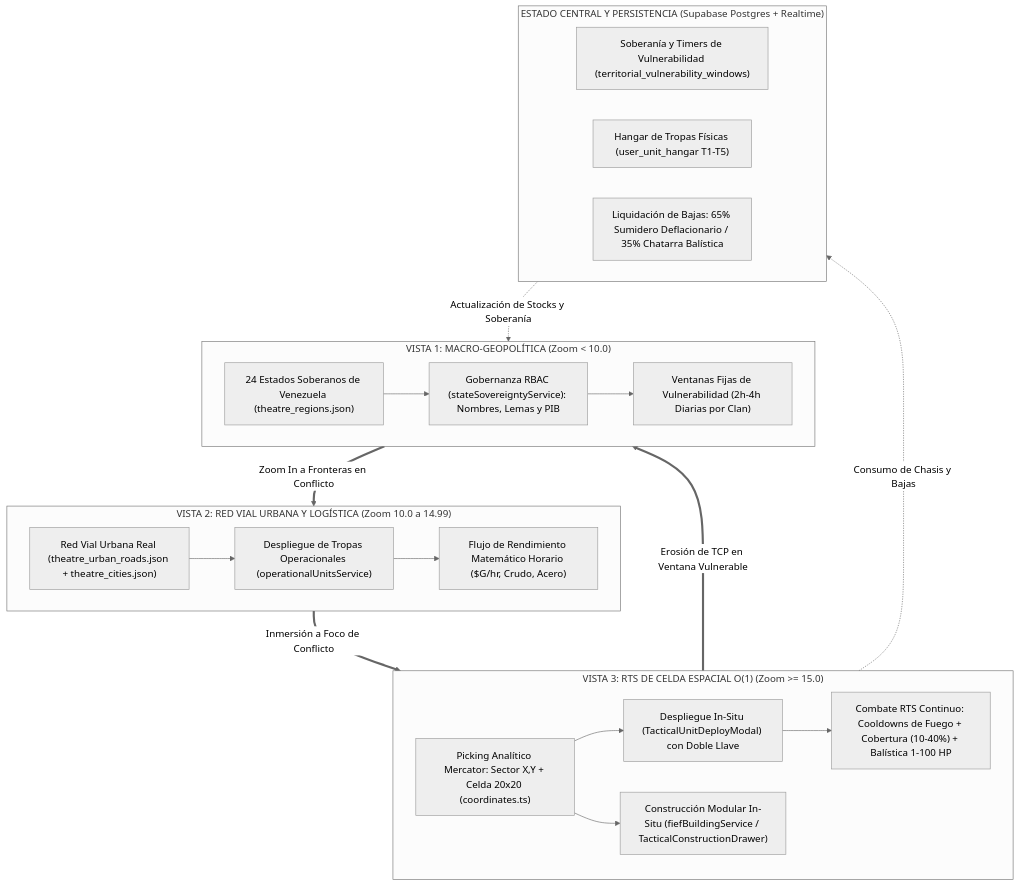
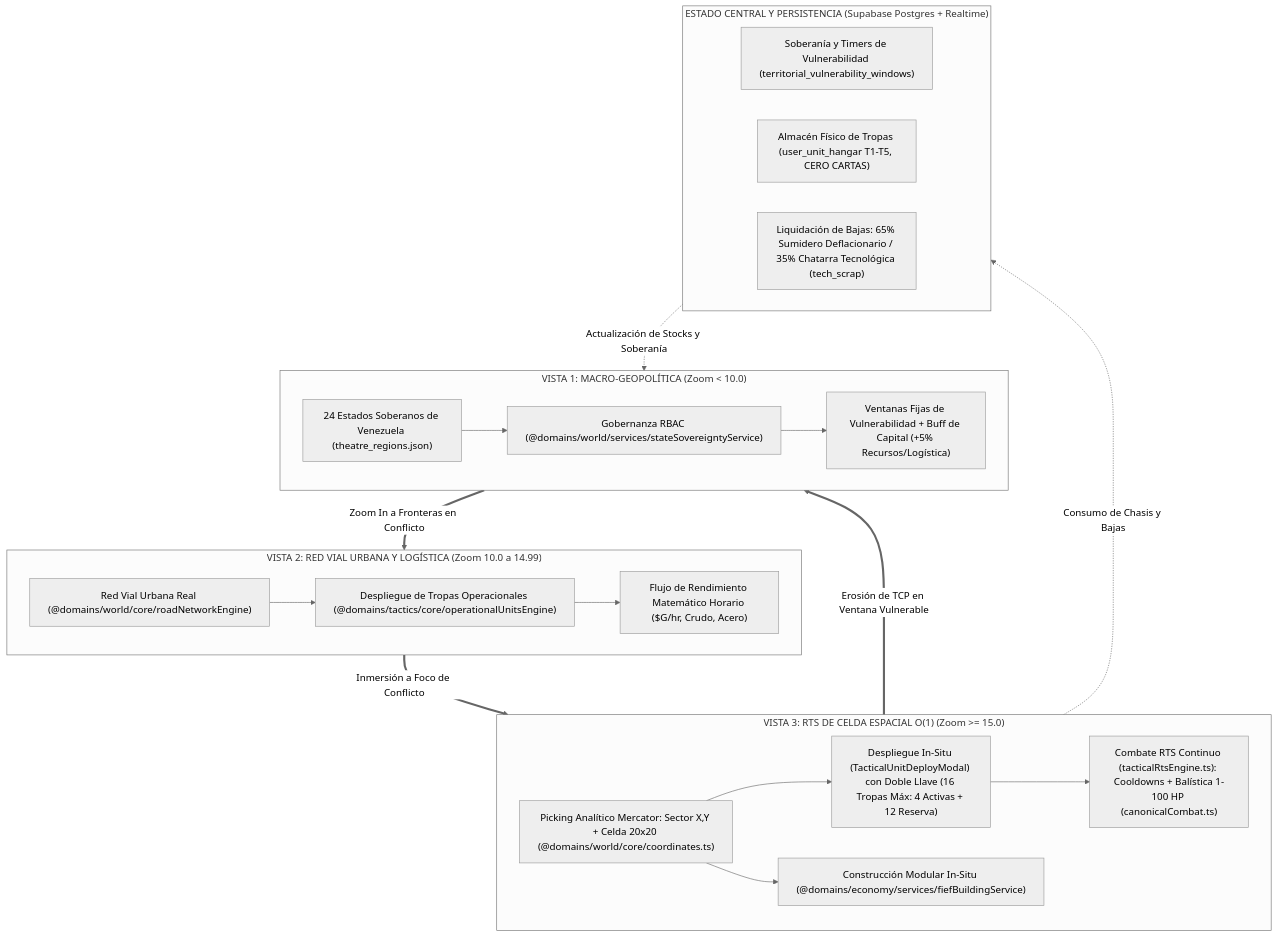
The diagram in docs/03_TACTICAL_STRATEGY_SYSTEM_DESIGN.md (davikisea/GEOTACTICS-ONLINE), drawn with Mermaid (neutral theme) before and after one commit. The commit also changed other lines of this file and 352 other files, not shown here.

Commit message:
feat(architecture): migración modular a 4 dominios (@domains/*), consolidación de base de datos y sincronización de suites deterministas

````diff
--- a/docs/03_TACTICAL_STRATEGY_SYSTEM_DESIGN.md
+++ b/docs/03_TACTICAL_STRATEGY_SYSTEM_DESIGN.md
@@ -24,37 +25,37 @@
 ```mermaid
 flowchart TD
     subgraph MACRO ["VISTA 1: MACRO-GEOPOLÍTICA (Zoom < 10.0)"]
         M1["24 Estados Soberanos de Venezuela (theatre_regions.json)"]
-        M2["Gobernanza RBAC (stateSovereigntyService): Nombres, Lemas y PIB"]
-        M3["Ventanas Fijas de Vulnerabilidad (2h-4h Diarias por Clan)"]
+        M2["Gobernanza RBAC (@domains/world/services/stateSovereigntyService)"]
+        M3["Ventanas Fijas de Vulnerabilidad + Buff de Capital (+5% Recursos/Logística)"]
         M1 --> M2 --> M3
     end
 
     subgraph OPERACIONAL ["VISTA 2: RED VIAL URBANA Y LOGÍSTICA (Zoom 10.0 a 14.99)"]
-        O1["Red Vial Urbana Real (theatre_urban_roads.json + theatre_cities.json)"]
-        O2["Despliegue de Tropas Operacionales (operationalUnitsService)"]
+        O1["Red Vial Urbana Real (@domains/world/core/roadNetworkEngine)"]
+        O2["Despliegue de Tropas Operacionales (@domains/tactics/core/operationalUnitsEngine)"]
         O3["Flujo de Rendimiento Matemático Horario ($G/hr, Crudo, Acero)"]
         O1 --> O2 --> O3
     end
 
     subgraph TACTICO ["VISTA 3: RTS DE CELDA ESPACIAL O(1) (Zoom >= 15.0)"]
-        T1["Picking Analítico Mercator: Sector X,Y + Celda 20x20 (coordinates.ts)"]
-        T2["Despliegue In-Situ (TacticalUnitDeployModal) con Doble Llave"]
-        T3["Combate RTS Continuo: Cooldowns de Fuego + Cobertura (10-40%) + Balística 1-100 HP"]
-        T4["Construcción Modular In-Situ (fiefBuildingService / TacticalConstructionDrawer)"]
+        T1["Picking Analítico Mercator: Sector X,Y + Celda 20x20 (@domains/world/core/coordinates.ts)"]
+        T2["Despliegue In-Situ (TacticalUnitDeployModal) con Doble Llave (16 Tropas Máx: 4 Activas + 12 Reserva)"]
+        T3["Combate RTS Continuo (tacticalRtsEngine.ts): Cooldowns + Balística 1-100 HP (canonicalCombat.ts)"]
+        T4["Construcción Modular In-Situ (@domains/economy/services/fiefBuildingService)"]
         T1 --> T2 --> T3
         T1 --> T4
     end
 
     subgraph PERSISTENCIA ["ESTADO CENTRAL Y PERSISTENCIA (Supabase Postgres + Realtime)"]
         P1["Soberanía y Timers de Vulnerabilidad (territorial_vulnerability_windows)"]
-        P2["Hangar de Tropas Físicas (user_unit_hangar T1-T5)"]
-        P3["Liquidación de Bajas: 65% Sumidero Deflacionario / 35% Chatarra Balística"]
+        P2["Almacén Físico de Tropas (user_unit_hangar T1-T5, CERO CARTAS)"]
+        P3["Liquidación de Bajas: 65% Sumidero Deflacionario / 35% Chatarra Tecnológica (tech_scrap)"]
     end
 
     MACRO ==>|"Zoom In a Fronteras en Conflicto"| OPERACIONAL
     OPERACIONAL ==>|"Inmersión a Foco de Conflicto"| TACTICO
     TACTICO ==>|"Erosión de TCP en Ventana Vulnerable"| MACRO
     TACTICO -.->|"Consumo de Chasis y Bajas"| PERSISTENCIA
     PERSISTENCIA -.->|"Actualización de Stocks y Soberanía"| MACRO
 ```
````
